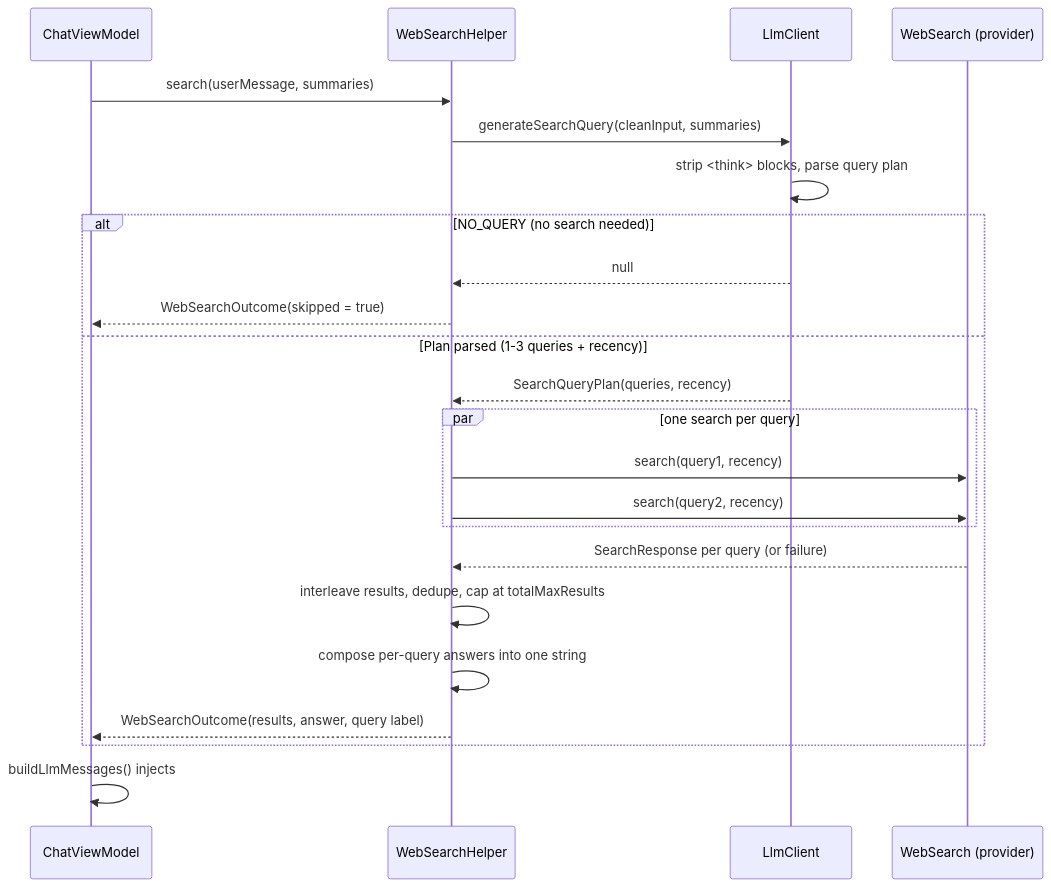
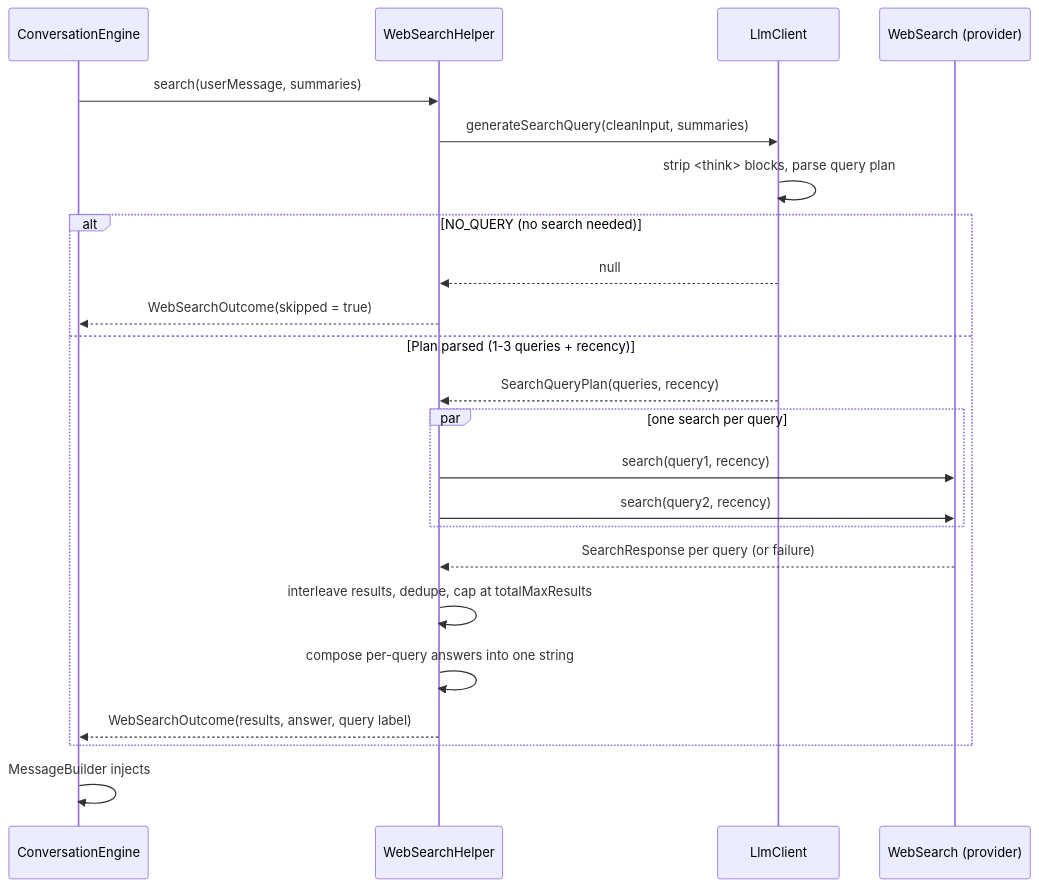
The diagram in docs/web-search.md (lehoang318/buddy), drawn with Mermaid before and after one commit. The commit also changed other lines of this file and 169 other files, not shown here.

````diff
--- a/docs/web-search.md
+++ b/docs/web-search.md
@@ -7,26 +7,26 @@
 ```mermaid
 sequenceDiagram
-    participant VM as ChatViewModel
+    participant Engine as ConversationEngine
     participant Helper as WebSearchHelper
     participant LLM as LlmClient
     participant Search as WebSearch (provider)
 
-    VM->>Helper: search(userMessage, summaries)
+    Engine->>Helper: search(userMessage, summaries)
     Helper->>LLM: generateSearchQuery(cleanInput, summaries)
     LLM->>LLM: strip <think> blocks, parse query plan
     alt NO_QUERY (no search needed)
         LLM-->>Helper: null
-        Helper-->>VM: WebSearchOutcome(skipped = true)
+        Helper-->>Engine: WebSearchOutcome(skipped = true)
     else Plan parsed (1-3 queries + recency)
         LLM-->>Helper: SearchQueryPlan(queries, recency)
         par one search per query
             Helper->>Search: search(query1, recency)
             Helper->>Search: search(query2, recency)
         end
         Search-->>Helper: SearchResponse per query (or failure)
         Helper->>Helper: interleave results, dedupe, cap at totalMaxResults
         Helper->>Helper: compose per-query answers into one string
-        Helper-->>VM: WebSearchOutcome(results, answer, query label)
+        Helper-->>Engine: WebSearchOutcome(results, answer, query label)
     end
-    VM->>VM: buildLlmMessages() injects ## Web Data
+    Engine->>Engine: MessageBuilder injects ## Web Data
 ```
````
